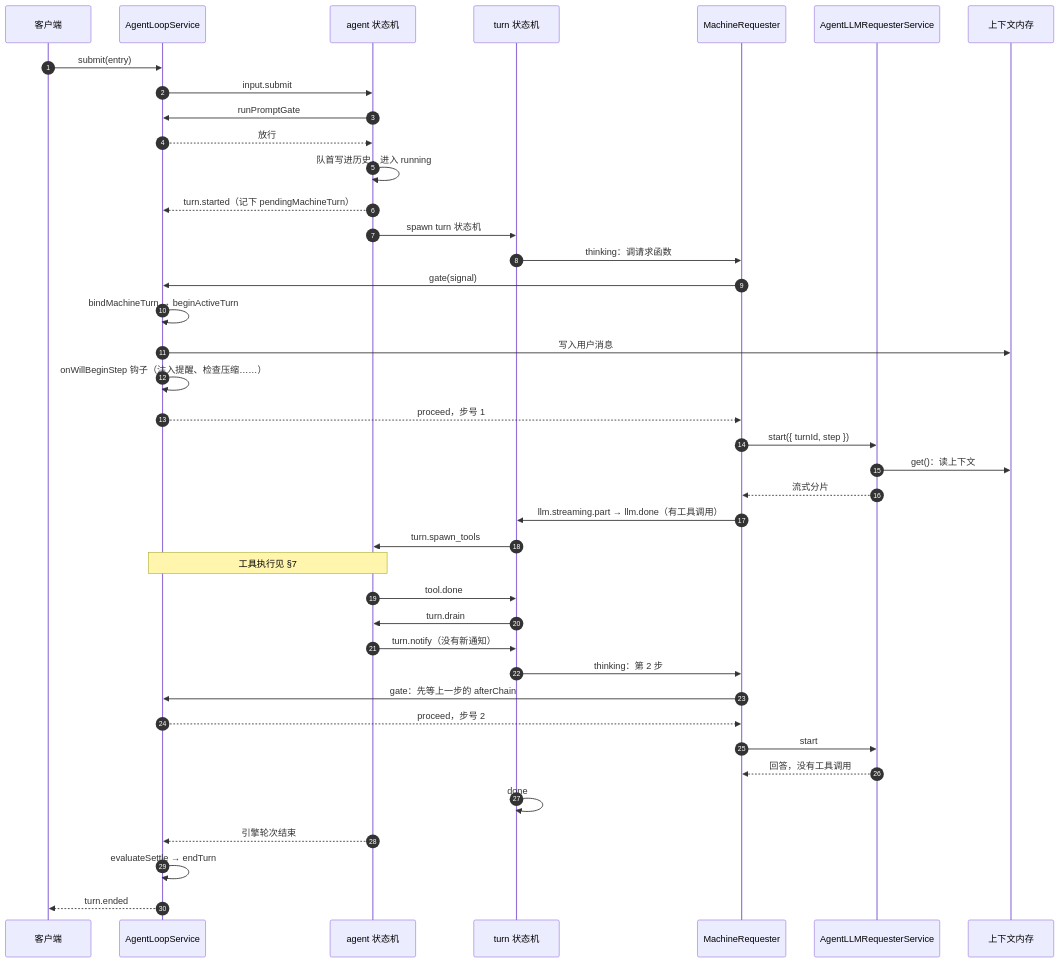
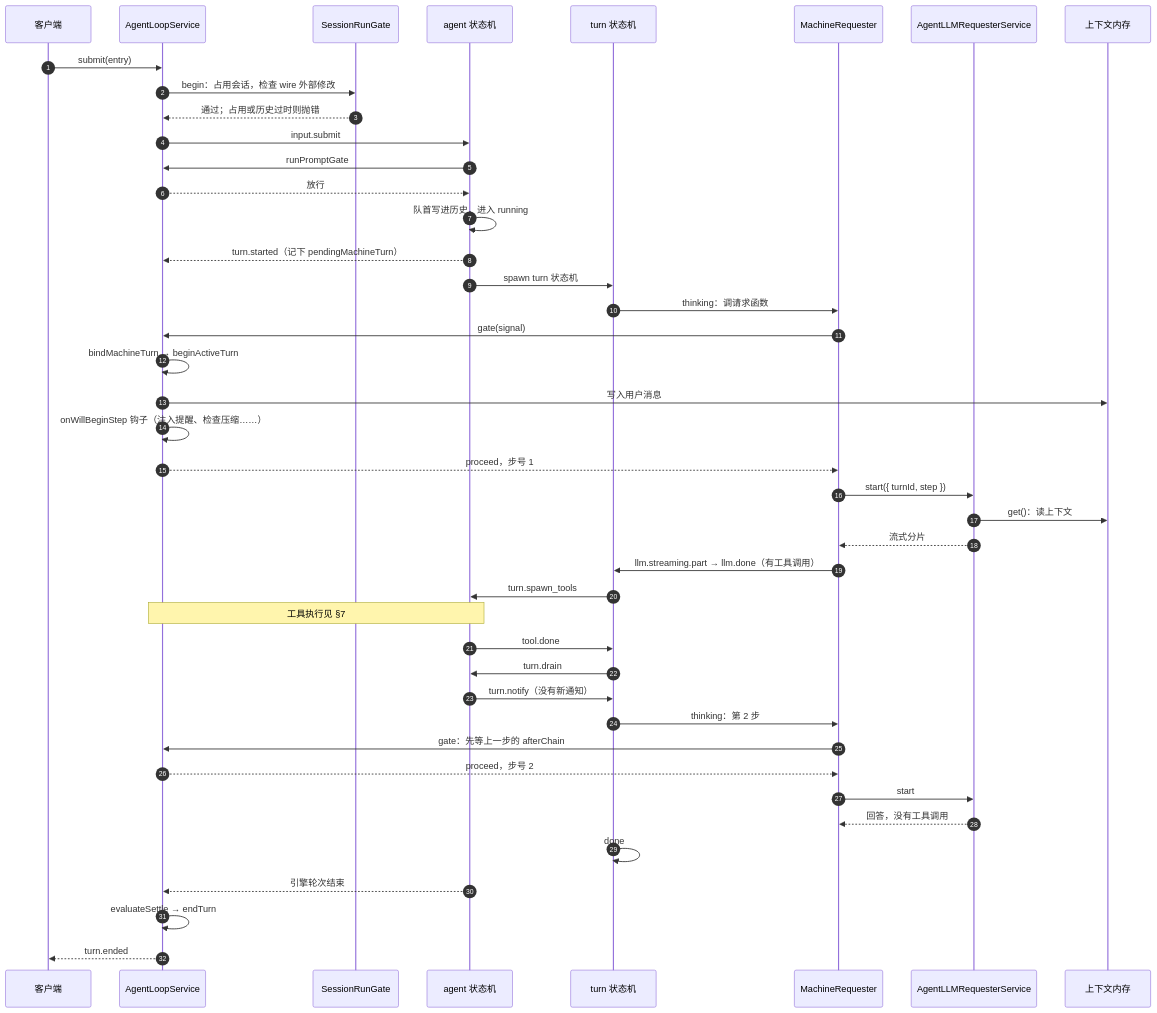
One commit to nickqiaoo/nickqiaoo.github.io changed the seventh of 10 diagrams in src/content/post/agents-kimi-code/index.md. Above: the diagram before and after it, drawn with Mermaid. The commit also changed other lines of this file and 3 other files, not shown here.

````diff
--- a/src/content/post/agents-kimi-code/index.md
+++ b/src/content/post/agents-kimi-code/index.md
@@ -430,43 +442,46 @@
 ```mermaid
 sequenceDiagram
   autonumber
   participant Client as 客户端
   participant LS as AgentLoopService
+  participant Gate as SessionRunGate
   participant AM as agent 状态机
   participant TM as turn 状态机
   participant Req as MachineRequester
   participant LLM as AgentLLMRequesterService
   participant Ctx as 上下文内存
 
   Client->>LS: submit(entry)
+  LS->>Gate: begin：占用会话，检查 wire 外部修改
+  Gate-->>LS: 通过；占用或历史过时则抛错
   LS->>AM: input.submit
   AM->>LS: runPromptGate
   LS-->>AM: 放行
   AM->>AM: 队首写进历史，进入 running
   AM-->>LS: turn.started（记下 pendingMachineTurn）
   AM->>TM: spawn turn 状态机
   TM->>Req: thinking：调请求函数
   Req->>LS: gate(signal)
   LS->>LS: bindMachineTurn → beginActiveTurn
   LS->>Ctx: 写入用户消息
   LS->>LS: onWillBeginStep 钩子（注入提醒、检查压缩……）
   LS-->>Req: proceed，步号 1
   Req->>LLM: start({ turnId, step })
   LLM->>Ctx: get()：读上下文
   LLM-->>Req: 流式分片
   Req->>TM: llm.streaming.part → llm.done（有工具调用）
   TM->>AM: turn.spawn_tools
   Note over AM,LS: 工具执行见 §7
   AM->>TM: tool.done
   TM->>AM: turn.drain
   AM->>TM: turn.notify（没有新通知）
   TM->>Req: thinking：第 2 步
   Req->>LS: gate：先等上一步的 afterChain
   LS-->>Req: proceed，步号 2
   Req->>LLM: start
   LLM-->>Req: 回答，没有工具调用
   TM->>TM: done
   AM-->>LS: 引擎轮次结束
   LS->>LS: evaluateSettle → endTurn
   LS-->>Client: turn.ended
 ```
````
